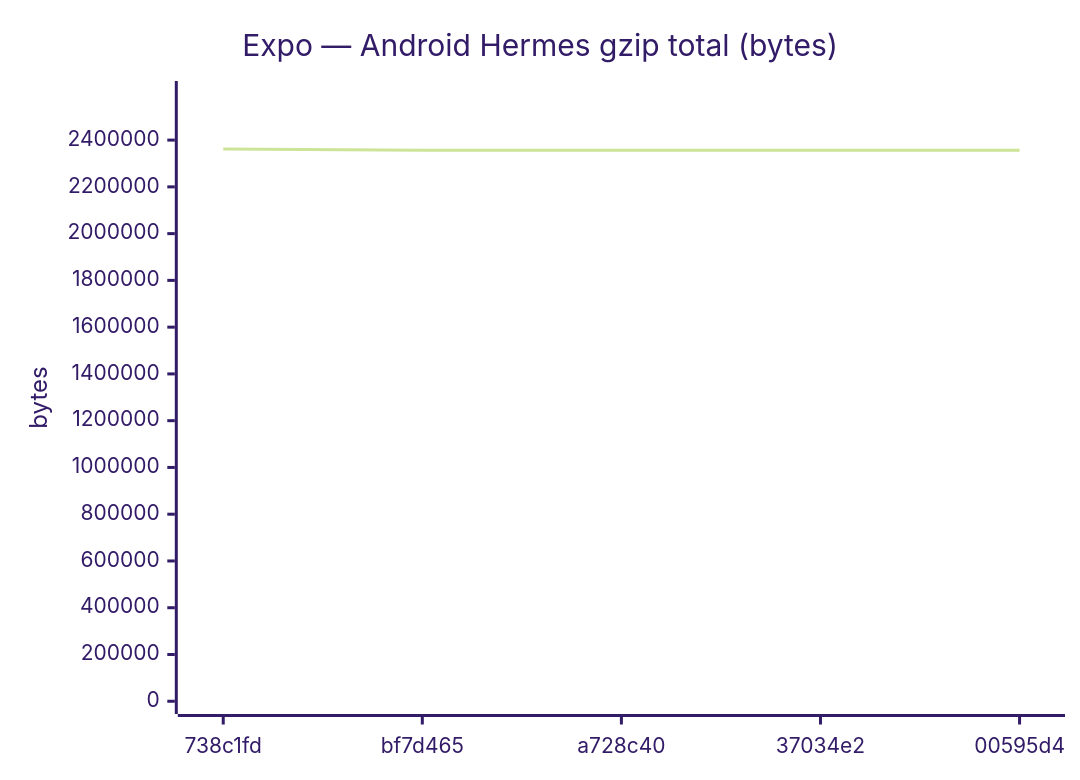
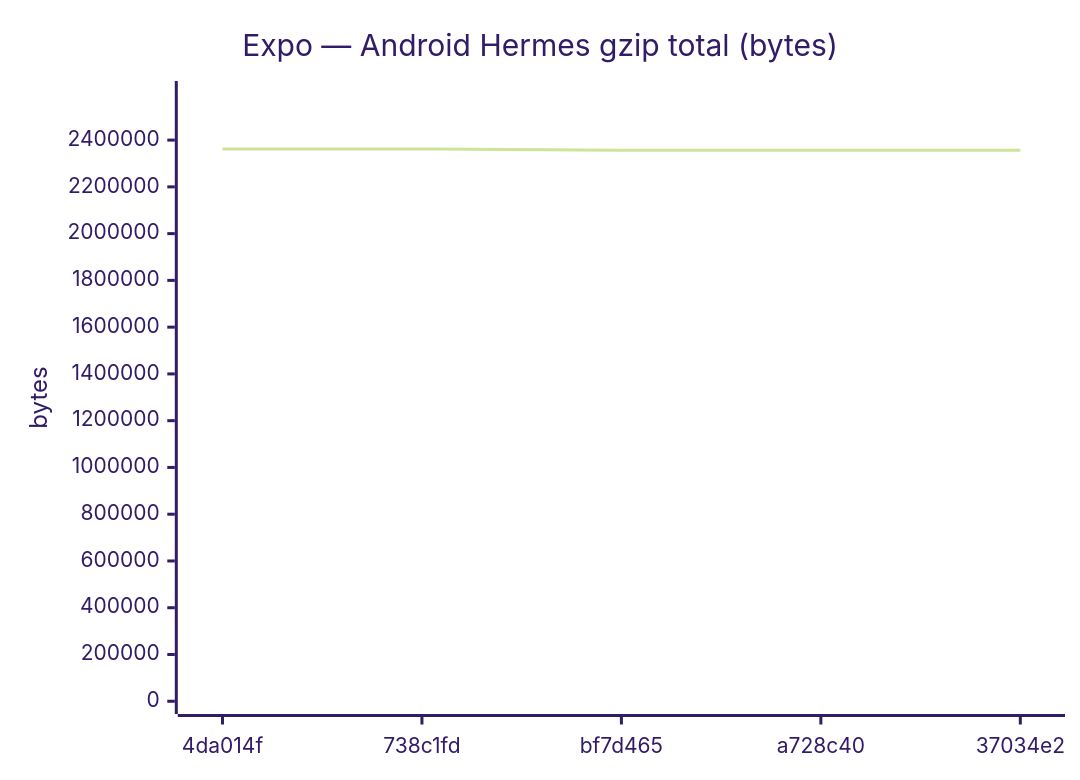
One commit to Metaheurist/Rianell changed diagram 15 of 24 in benchmarks/compare.md. Above: the diagram before and after it, drawn with Mermaid (forest theme). The commit also changed other lines of this file and 13 other files, not shown here.

````diff
--- a/benchmarks/compare.md
+++ b/benchmarks/compare.md
@@ -221,7 +221,7 @@
 ```mermaid
 xychart-beta
     title "Expo — Android Hermes gzip total (bytes)"
-    x-axis ["738c1fd", "bf7d465", "a728c40", "37034e2", "00595d4"]
-    y-axis "bytes" 0 --> 2598252
-    line [2362047, 2356686, 2356685, 2356472, 2356474]
+    x-axis ["4da014f", "738c1fd", "bf7d465", "a728c40", "37034e2"]
+    y-axis "bytes" 0 --> 2598253
+    line [2362048, 2362047, 2356686, 2356685, 2356472]
 ```
````
